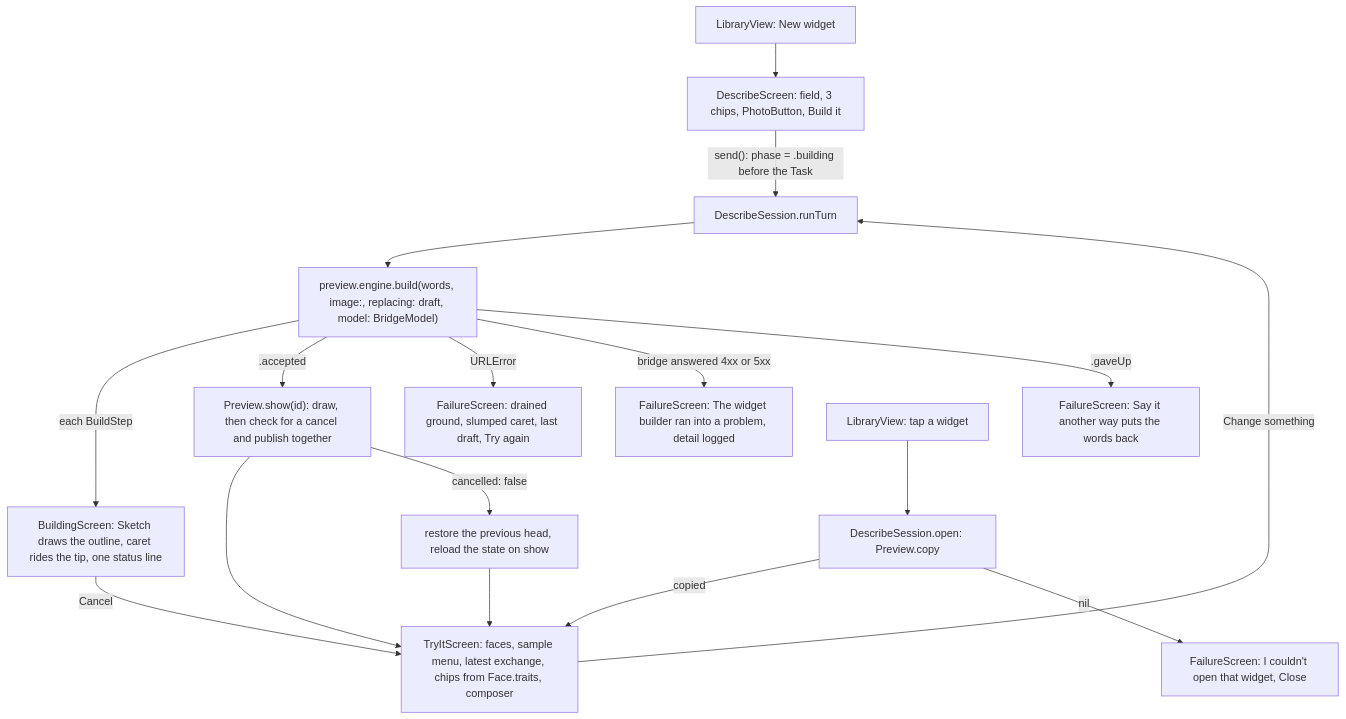
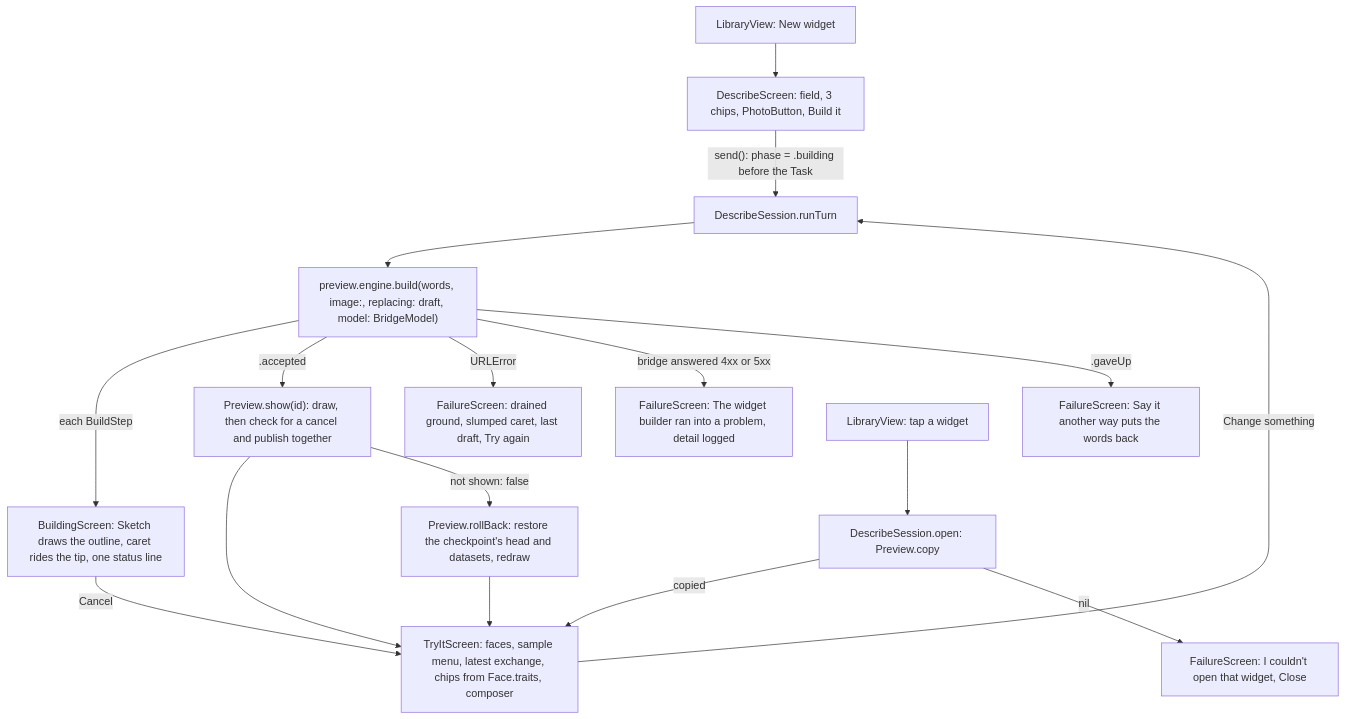
The first of 3 diagrams in docs/pr/8-phase-2-p5-describe.md (Krutik460/Widgie), drawn with Mermaid before and after one commit. The commit also changed other lines of this file and 1 other file, not shown here.

Commit message:
Describe the checkpoint, the head check, and the suspended open in the docs

````diff
--- a/docs/pr/8-phase-2-p5-describe.md
+++ b/docs/pr/8-phase-2-p5-describe.md
@@ -23,17 +24,17 @@
 ```mermaid
 flowchart TD
   L["LibraryView: New widget"] --> DS["DescribeScreen: field, 3 chips, PhotoButton, Build it"]
   DS -->|"send(): phase = .building before the Task"| RT["DescribeSession.runTurn"]
   RT --> LP["preview.engine.build(words, image:, replacing: draft, model: BridgeModel)"]
   LP -->|"each BuildStep"| BS["BuildingScreen: Sketch draws the outline, caret rides the tip, one status line"]
   LP -->|".accepted"| SH["Preview.show(id): draw, then check for a cancel and publish together"] --> TI["TryItScreen: faces, sample menu, latest exchange, chips from Face.traits, composer"]
   LP -->|"URLError"| FU["FailureScreen: drained ground, slumped caret, last draft, Try again"]
   LP -->|"bridge answered 4xx or 5xx"| FR["FailureScreen: The widget builder ran into a problem, detail logged"]
   LP -->|".gaveUp"| FG["FailureScreen: Say it another way puts the words back"]
   BS -->|"Cancel"| TI
-  SH -->|"cancelled: false"| RS2["restore the previous head, reload the state on show"] --> TI
+  SH -->|"not shown: false"| RS2["Preview.rollBack: restore the checkpoint's head and datasets, redraw"] --> TI
   TI -->|"Change something"| RT
   LV["LibraryView: tap a widget"] --> OP["DescribeSession.open: Preview.copy"]
   OP -->|"copied"| TI
   OP -->|"nil"| FO["FailureScreen: I couldn't open that widget, Close"]
 ```
````
